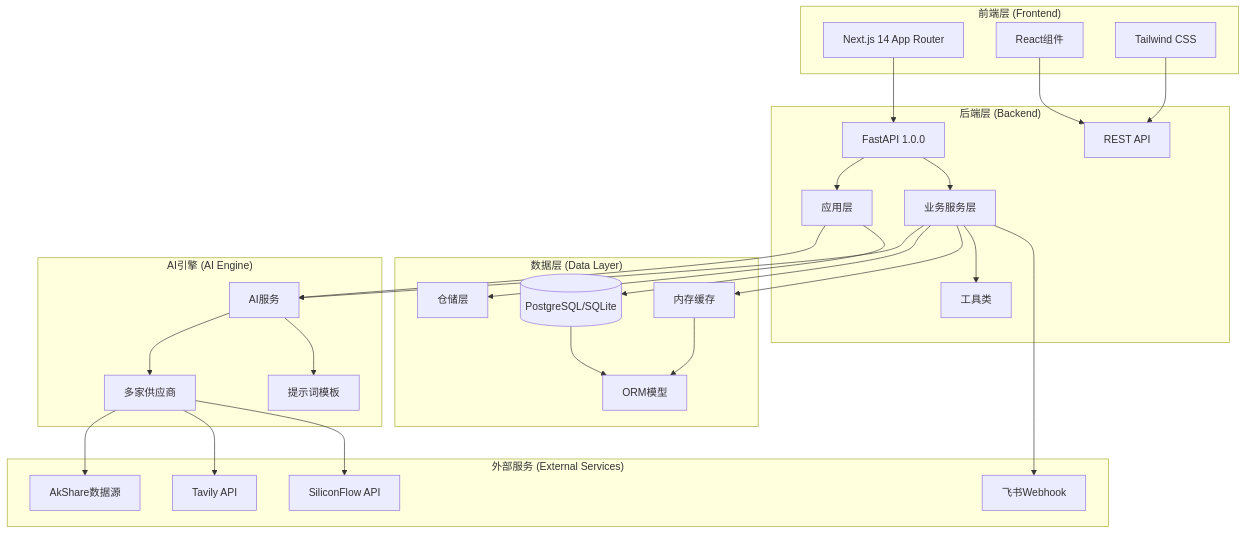
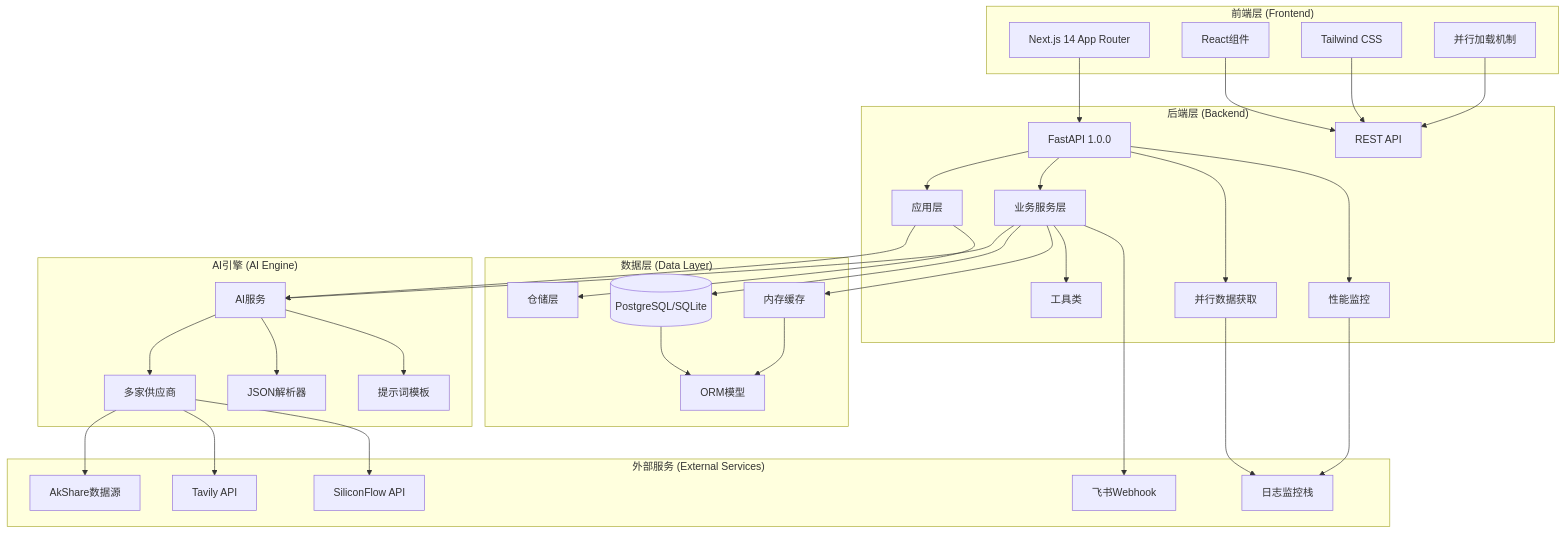
Before and after one commit to breeze-lyf/ai-stock-advisor: the first of 15 diagrams in .qoder/repowiki/zh/content/Enhanced Ai Analysis Service.md, drawn with Mermaid. The commit also changed other lines of this file and 43 other files, not shown here.

````diff
--- a/.qoder/repowiki/zh/content/Enhanced Ai Analysis Service.md
+++ b/.qoder/repowiki/zh/content/Enhanced Ai Analysis Service.md
@@ -84,51 +93,62 @@
 ```mermaid
 graph TB
 subgraph "前端层 (Frontend)"
 NextJS[Next.js 14 App Router]
 Components[React组件]
 UI[Tailwind CSS]
+ParallelLoad[并行加载机制]
 end
 subgraph "后端层 (Backend)"
 FastAPI[FastAPI 1.0.0]
 API[REST API]
 Services[业务服务层]
 Application[应用层]
 Utils[工具类]
+ParallelFetch[并行数据获取]
+PerformanceMonitor[性能监控]
 end
 subgraph "数据层 (Data Layer)"
 Database[(PostgreSQL/SQLite)]
 Cache[内存缓存]
 Models[ORM模型]
 Repositories[仓储层]
 end
 subgraph "AI引擎 (AI Engine)"
 AIService[AI服务]
 Providers[多家供应商]
 Prompts[提示词模板]
+JSONParser[JSON解析器]
 end
 subgraph "外部服务 (External Services)"
 AkShare[AkShare数据源]
 Tavily[Tavily API]
 Feishu[飞书Webhook]
 SiliconFlow[SiliconFlow API]
+LoggingStack[日志监控栈]
 end
 NextJS --> FastAPI
 Components --> API
 UI --> API
+ParallelLoad --> API
 FastAPI --> Application
 FastAPI --> Services
+FastAPI --> ParallelFetch
+FastAPI --> PerformanceMonitor
 Application --> AIService
 Application --> Repositories
 Services --> AIService
 Services --> Database
 Services --> Cache
 AIService --> Providers
+AIService --> JSONParser
 Providers --> AkShare
 Providers --> Tavily
 Providers --> SiliconFlow
 Database --> Models
 Cache --> Models
 AIService --> Prompts
 Services --> Utils
 Services --> Feishu
+ParallelFetch --> LoggingStack
+PerformanceMonitor --> LoggingStack
 ```
````
